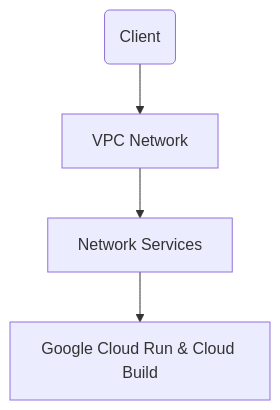
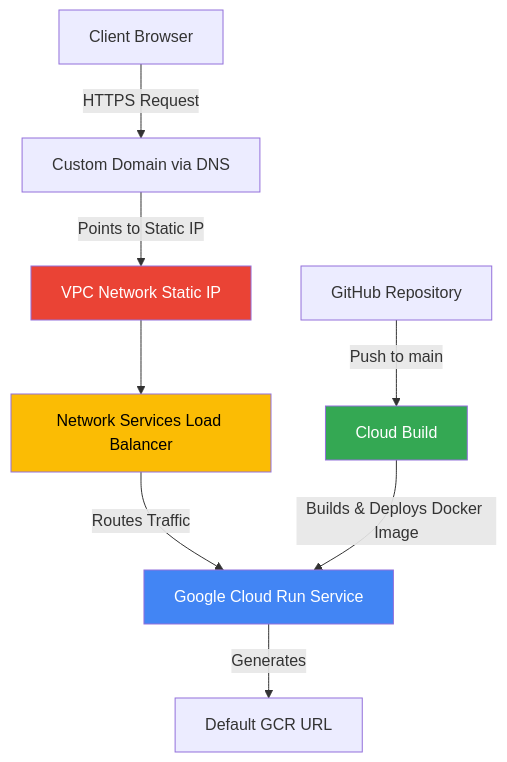
The diagram in src/content/posts/deploy-nextjs-to-google-cloud-run.md (duongital/duongital), drawn with Mermaid before and after one commit. The commit also changed other lines of this file and 1 other file, not shown here.

````diff
--- a/src/content/posts/deploy-nextjs-to-google-cloud-run.md
+++ b/src/content/posts/deploy-nextjs-to-google-cloud-run.md
@@ -11,6 +11,17 @@
 ```mermaid
 flowchart TD
-    A(Client) --> B[VPC Network]
-    B --> C[Network Services]
-    C --> D[Google Cloud Run & Cloud Build ]
+    A[Client Browser] -->|HTTPS Request| B[Custom Domain via DNS]
+    B -->|Points to Static IP| C[VPC Network Static IP]
+    C --> D[Network Services Load Balancer]
+    D -->|Routes Traffic| E[Google Cloud Run Service]
+
+    F[GitHub Repository] -->|Push to main| G[Cloud Build]
+    G -->|Builds & Deploys Docker Image| E
+
+    E -->|Generates| H[Default GCR URL]
+
+    style E fill:#4285f4,color:#fff
+    style G fill:#34a853,color:#fff
+    style D fill:#fbbc04,color:#000
+    style C fill:#ea4335,color:#fff
 ```
````
